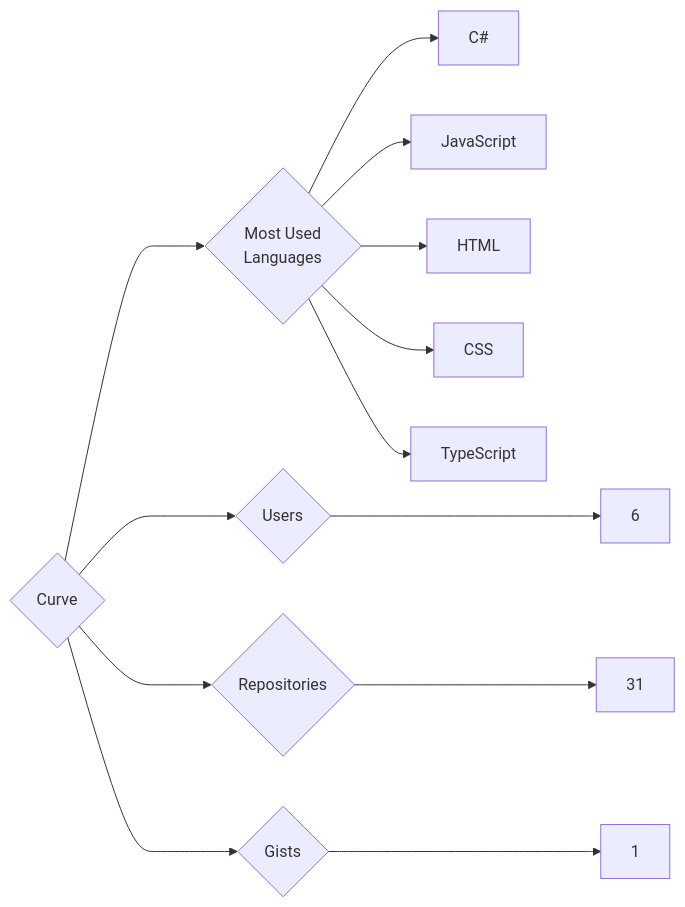
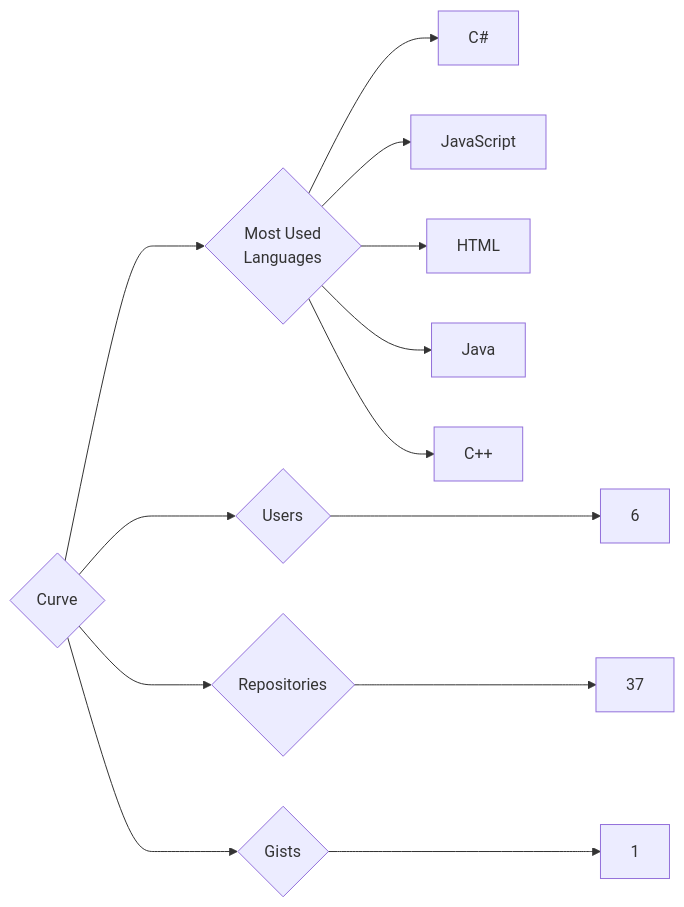
Before and after one commit to trickest/insiders: the diagram in targets/Curve/README.md, drawn with Mermaid. The commit also changed 930 other files, not shown here.

````diff
--- a/targets/Curve/README.md
+++ b/targets/Curve/README.md
@@ -3,13 +3,13 @@
 ```mermaid
 graph LR
 COMPANY_NAME{Curve}
 COMPANY_NAME ---> U{Users} ---> UN[6]
-COMPANY_NAME ---> R{Repositories} ---> RN[31]
+COMPANY_NAME ---> R{Repositories} ---> RN[37]
 COMPANY_NAME ---> G{Gists} ---> GN[1]
 COMPANY_NAME ---> ML{Most Used<br>Languages}
 ML --> C#[C#]
 ML --> JavaScript[JavaScript]
 ML --> HTML[HTML]
-ML --> CSS[CSS]
-ML --> TypeScript[TypeScript]
+ML --> Java[Java]
+ML --> C++[C++]
 ```
````
